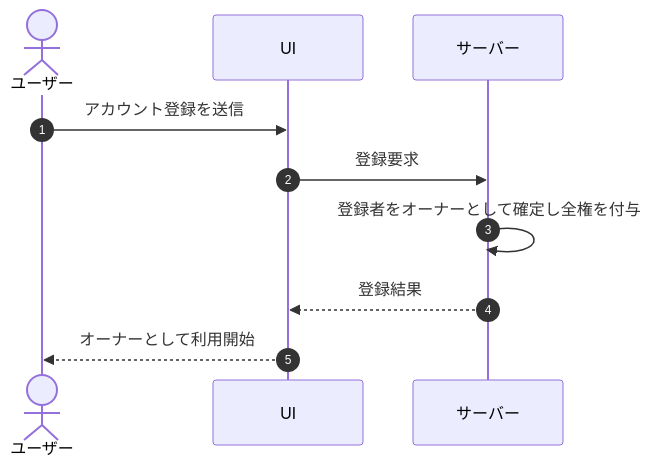
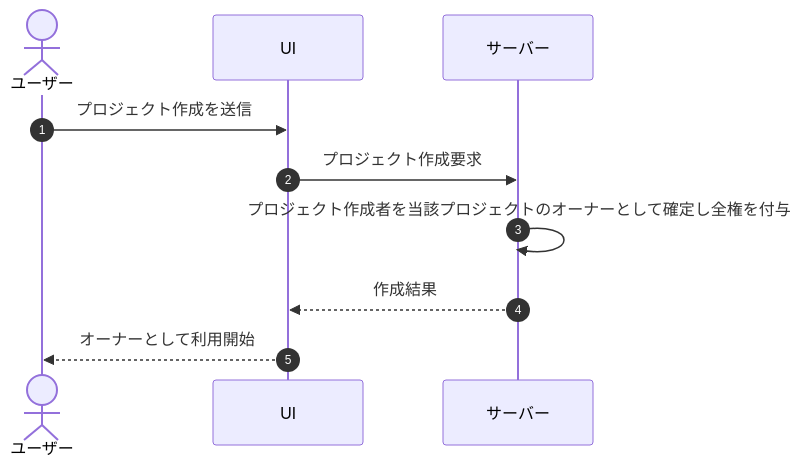
Before and after one commit to sikakou54/open-faq: diagram 13 of 60 in 01_requirements/02_functional_requirement/01_account-fr.md, drawn with Mermaid. The commit also changed other lines of this file and 294 other files, not shown here.

````diff
--- a/01_requirements/02_functional_requirement/01_account-fr.md
+++ b/01_requirements/02_functional_requirement/01_account-fr.md
@@ -382,12 +383,12 @@
 ```mermaid
 sequenceDiagram
   autonumber
   actor U as ユーザー
   participant UI as UI
   participant S as サーバー
-  U->>UI: アカウント登録を送信
-  UI->>S: 登録要求
-  S->>S: 登録者をオーナーとして確定し全権を付与
-  S-->>UI: 登録結果
+  U->>UI: プロジェクト作成を送信
+  UI->>S: プロジェクト作成要求
+  S->>S: プロジェクト作成者を当該プロジェクトのオーナーとして確定し全権を付与
+  S-->>UI: 作成結果
   UI-->>U: オーナーとして利用開始
 ```
````
